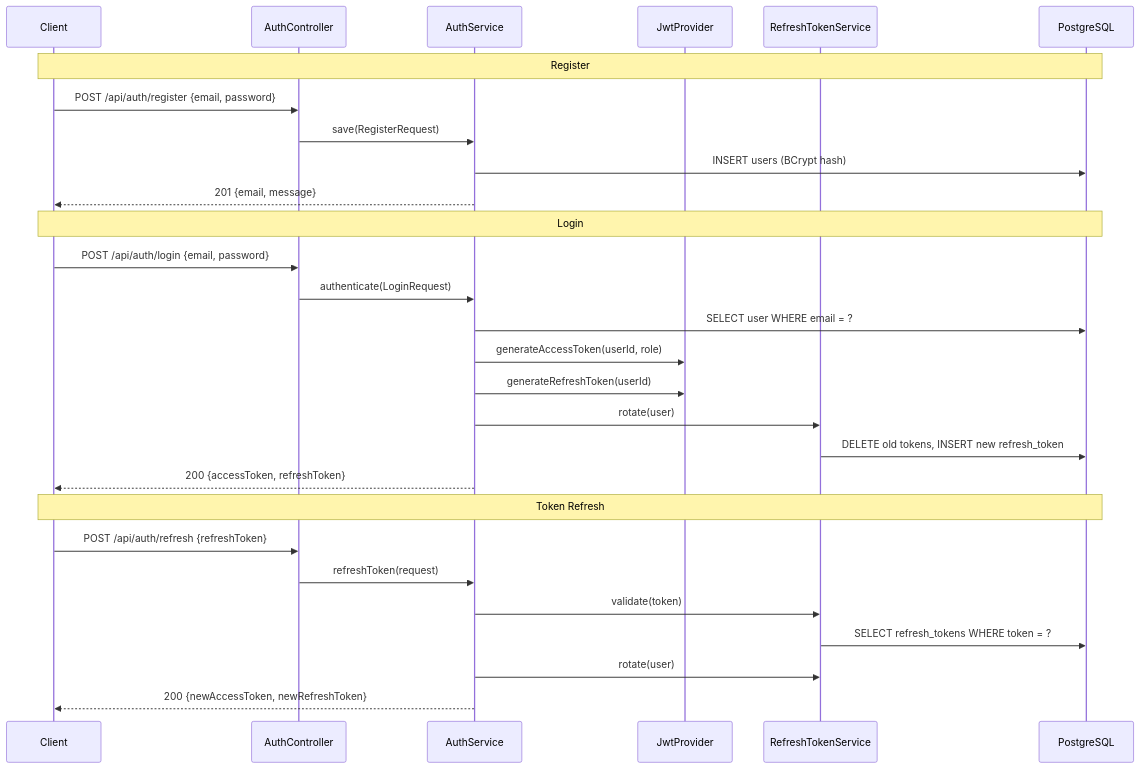
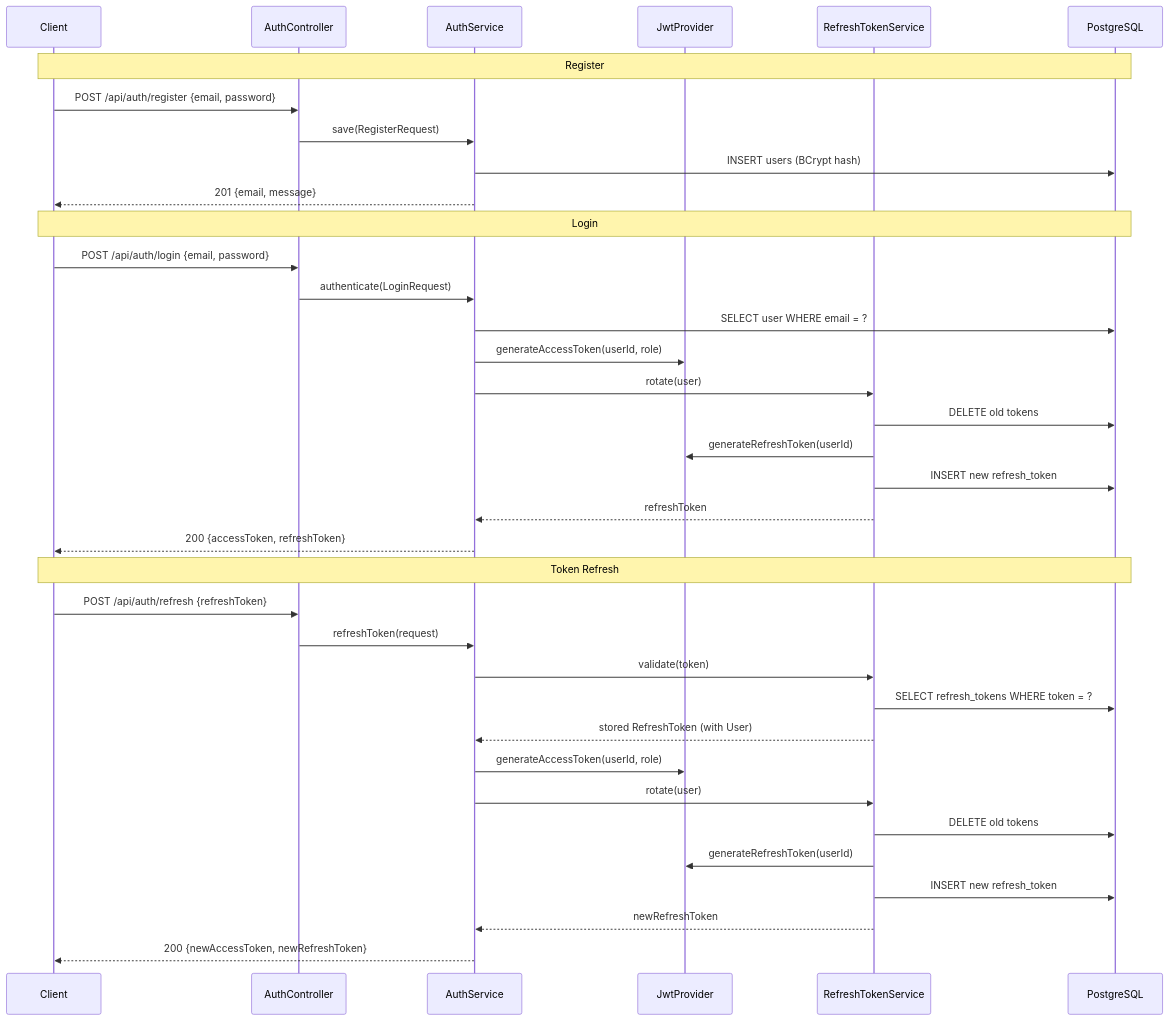
One commit to hazoe-dev/audio-streaming-platform changed the fifth of 18 diagrams in audiostreaming/doc/component-diagrams.md. Above: the diagram before and after it, drawn with Mermaid.

Commit message:
chore: update authentication flow for login with handling refresh token.

````diff
--- a/audiostreaming/doc/component-diagrams.md
+++ b/audiostreaming/doc/component-diagrams.md
@@ -164,33 +164,41 @@
 ```mermaid
 sequenceDiagram
     participant C as Client
     participant AC as AuthController
     participant AS as AuthService
     participant JP as JwtProvider
     participant RTS as RefreshTokenService
     participant DB as PostgreSQL
 
     Note over C,DB: Register
     C->>AC: POST /api/auth/register {email, password}
     AC->>AS: save(RegisterRequest)
     AS->>DB: INSERT users (BCrypt hash)
     AS-->>C: 201 {email, message}
 
     Note over C,DB: Login
     C->>AC: POST /api/auth/login {email, password}
     AC->>AS: authenticate(LoginRequest)
     AS->>DB: SELECT user WHERE email = ?
     AS->>JP: generateAccessToken(userId, role)
-    AS->>JP: generateRefreshToken(userId)
     AS->>RTS: rotate(user)
-    RTS->>DB: DELETE old tokens, INSERT new refresh_token
+    RTS->>DB: DELETE old tokens
+    RTS->>JP: generateRefreshToken(userId)
+    RTS->>DB: INSERT new refresh_token
+    RTS-->>AS: refreshToken
     AS-->>C: 200 {accessToken, refreshToken}
 
     Note over C,DB: Token Refresh
     C->>AC: POST /api/auth/refresh {refreshToken}
     AC->>AS: refreshToken(request)
     AS->>RTS: validate(token)
     RTS->>DB: SELECT refresh_tokens WHERE token = ?
+    RTS-->>AS: stored RefreshToken (with User)
+    AS->>JP: generateAccessToken(userId, role)
     AS->>RTS: rotate(user)
+    RTS->>DB: DELETE old tokens
+    RTS->>JP: generateRefreshToken(userId)
+    RTS->>DB: INSERT new refresh_token
+    RTS-->>AS: newRefreshToken
     AS-->>C: 200 {newAccessToken, newRefreshToken}
 ```
````
